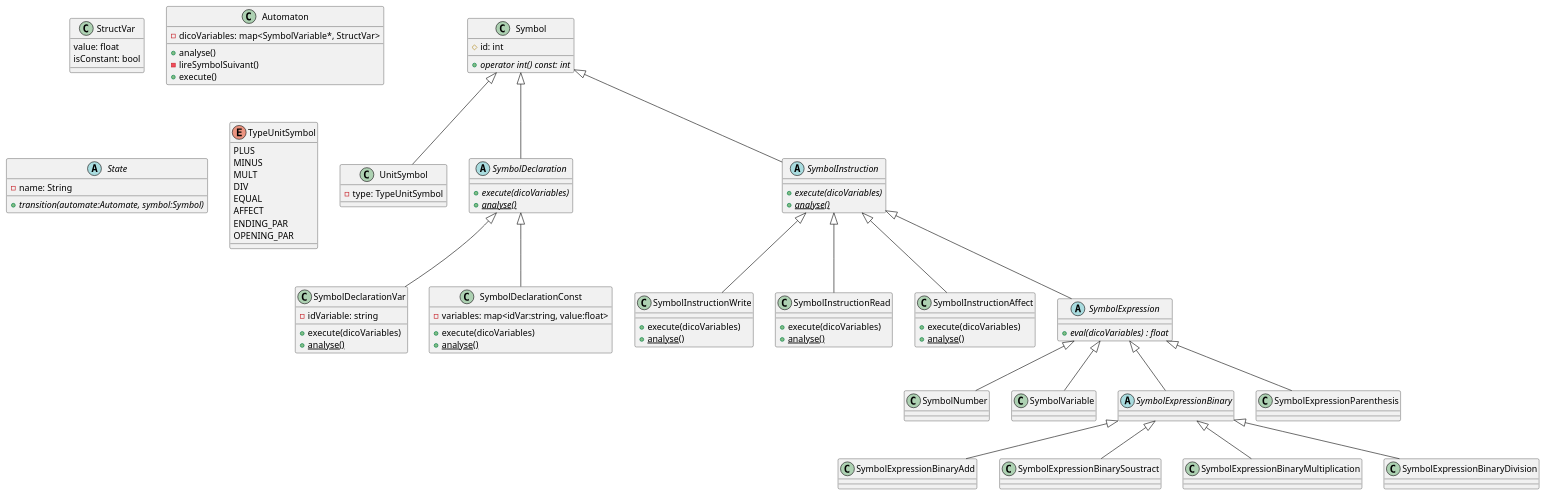
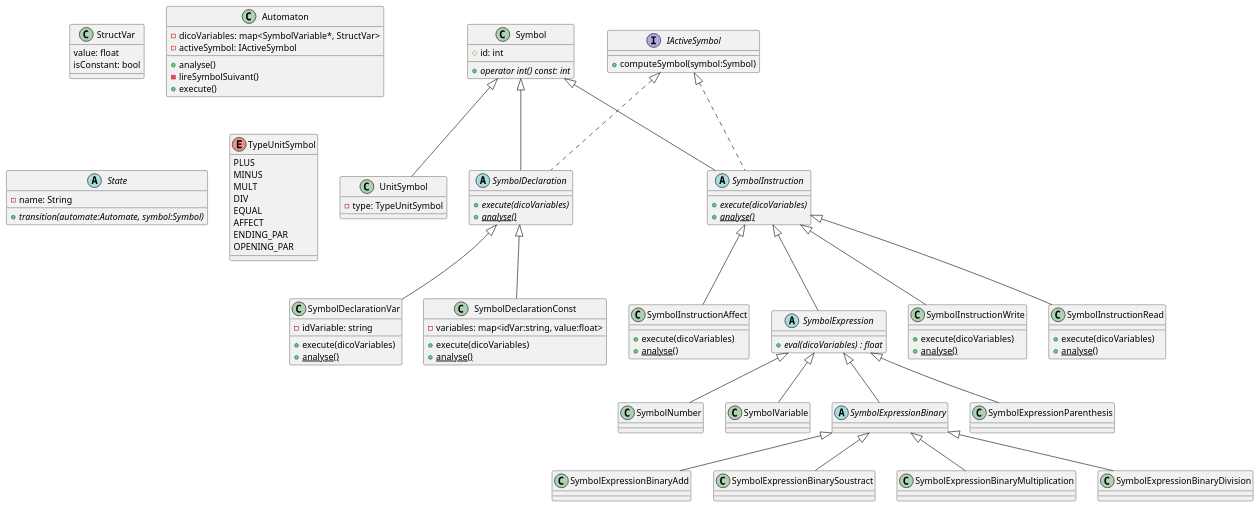
One commit to antitoine/INSA-4IF-lutin-compiler changed the diagram in diagrams/variables.puml. Above: the diagram before and after it, drawn with PlantUML. The commit also changed 6 other files, not shown here.

Commit message:
Ajout diagramme png + IActiveSymbol

```diff
--- a/diagrams/variables.puml
+++ b/diagrams/variables.puml
@@ -1,90 +1,95 @@
 '''''''''
 ' Class '
 '''''''''
 
 class "StructVar" as STRUCT_VAR {
     value: float
     isConstant: bool
 }
 
 class "Automaton" as CLASS_AUTOMATE {
     - dicoVariables: map<SymbolVariable*, StructVar>
+    - activeSymbol: IActiveSymbol
     + analyse()
     - lireSymbolSuivant()
     + execute()
 }
 
 abstract class "State" as CLASS_ETAT {
     - name: String
     + {abstract} transition(automate:Automate, symbol:Symbol)
 }
 
 '' Symbols ------------------------------------------------
 
 class "Symbol" as CLASS_SYMBOLE {
     # id: int
     + {abstract} operator int() const: int
 }
 
 enum "TypeUnitSymbol" as ENUM_SYMBOLE_UNITAIRE {
     PLUS
     MINUS
     MULT
     DIV
     EQUAL
     AFFECT
     ENDING_PAR
     OPENING_PAR
 }
 class "UnitSymbol" as CLASS_SYMBOLE_POINT_VIRGULE extends CLASS_SYMBOLE {
     - type: TypeUnitSymbol
 }
 
-abstract class "SymbolDeclaration" as CLASS_SYMBOLE_DECLARATION extends CLASS_SYMBOLE {
+interface "IActiveSymbol" as INTERFACE_ACTIVE_SYMBOL {
+    + computeSymbol(symbol:Symbol)
+}
+
+abstract class "SymbolDeclaration" as CLASS_SYMBOLE_DECLARATION extends CLASS_SYMBOLE implements INTERFACE_ACTIVE_SYMBOL {
     + {abstract} execute(dicoVariables)
     + {abstract} {static} analyse()
 }
 class "SymbolDeclarationVar" as CLASS_SYMBOLE_DECLARATION_VAR extends CLASS_SYMBOLE_DECLARATION {
     - idVariable: string
     + execute(dicoVariables)
     + {static} analyse()
 }
 class "SymbolDeclarationConst" as CLASS_SYMBOLE_DECLARATION_CONST extends CLASS_SYMBOLE_DECLARATION {
     - variables: map<idVar:string, value:float>
     + execute(dicoVariables)
     + {static} analyse()
 }
-abstract class "SymbolInstruction" as CLASS_SYMBOLE_INSTRUCTION extends CLASS_SYMBOLE {
+abstract class "SymbolInstruction" as CLASS_SYMBOLE_INSTRUCTION extends CLASS_SYMBOLE implements INTERFACE_ACTIVE_SYMBOL {
     + {abstract} execute(dicoVariables)
     + {abstract} {static} analyse()
 }
 class "SymbolInstructionWrite" as CLASS_SYMBOLE_INSTRUCTION_ECRITURE extends CLASS_SYMBOLE_INSTRUCTION {
     + execute(dicoVariables)
     + {static} analyse()
 }
 class "SymbolInstructionRead" as CLASS_SYMBOLE_INSTRUCTION_VAR_LECTURE extends CLASS_SYMBOLE_INSTRUCTION {
     + execute(dicoVariables)
     + {static} analyse()
 }
 class "SymbolInstructionAffect" as CLASS_SYMBOLE_INSTRUCTION_VAR_AFFECTATION extends CLASS_SYMBOLE_INSTRUCTION {
     + execute(dicoVariables)
     + {static} analyse()
 }
 
 abstract class "SymbolExpression" as CLASS_SYMBOLE_EXPRESSION extends CLASS_SYMBOLE_INSTRUCTION {
     + {abstract} eval(dicoVariables) : float
 }
 
 class "SymbolNumber" as CLASS_SYMBOLE_NOMBRE extends CLASS_SYMBOLE_EXPRESSION
 class "SymbolVariable" as CLASS_SYMBOLE_VARIABLE extends CLASS_SYMBOLE_EXPRESSION
 
 abstract class "SymbolExpressionBinary" as CLASS_SYMBOLE_EXPRESSION_BINAIRE extends CLASS_SYMBOLE_EXPRESSION {
 }
 
 class "SymbolExpressionParenthesis" as CLASS_SYMBOLE_EXPRESSION_PARENTHESE extends CLASS_SYMBOLE_EXPRESSION {
 }
 
 class "SymbolExpressionBinaryAdd" as CLASS_SYMBOLE_EXPRESSION_BINAIRE_ADD extends CLASS_SYMBOLE_EXPRESSION_BINAIRE
 class "SymbolExpressionBinarySoustract" as CLASS_SYMBOLE_EXPRESSION_BINAIRE_SOUSTRACTION extends CLASS_SYMBOLE_EXPRESSION_BINAIRE
 class "SymbolExpressionBinaryMultiplication" as CLASS_SYMBOLE_EXPRESSION_BINAIRE_MULT extends CLASS_SYMBOLE_EXPRESSION_BINAIRE
 class "SymbolExpressionBinaryDivision" as CLASS_SYMBOLE_EXPRESSION_BINAIRE_DIV extends CLASS_SYMBOLE_EXPRESSION_BINAIRE
```
